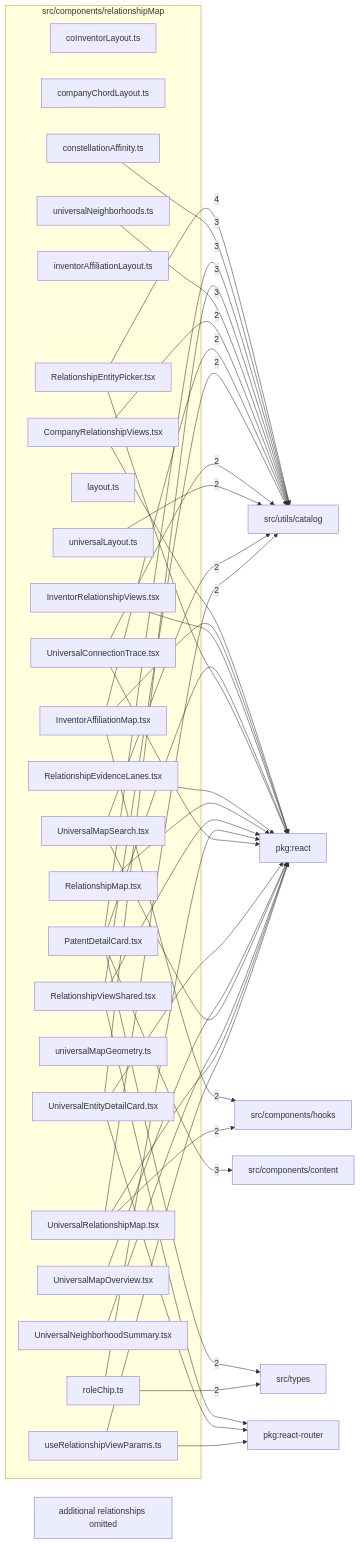
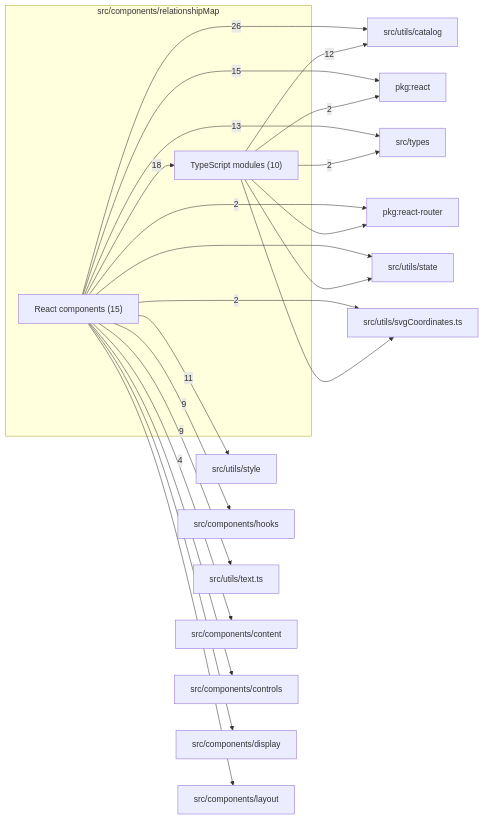
The diagram in src/components/relationshipMap/readme.md (ronbuening/LensVisualizer), drawn with Mermaid before and after one commit. The commit also changed other lines of this file and 20 other files, not shown here.

First line of the commit message:
Make the universal map usable on phones

````diff
--- a/src/components/relationshipMap/readme.md
+++ b/src/components/relationshipMap/readme.md
@@ -9,72 +9,40 @@
 ```mermaid
 flowchart LR
   subgraph n_src_components_relationshipMap["src/components/relationshipMap"]
-    n_src_components_relationshipMap_src_components_relationshipMap_coInventorLayout_ts["coInventorLayout.ts"]
-    n_src_components_relationshipMap_src_components_relationshipMap_companyChordLayout_ts["companyChordLayout.ts"]
-    n_src_components_relationshipMap_src_components_relationshipMap_CompanyRelationshipViews_tsx["CompanyRelationshipViews.tsx"]
-    n_src_components_relationshipMap_src_components_relationshipMap_constellationAffinity_ts["constellationAffinity.ts"]
-    n_src_components_relationshipMap_src_components_relationshipMap_inventorAffiliationLayout_ts["inventorAffiliationLayout.ts"]
-    n_src_components_relationshipMap_src_components_relationshipMap_InventorAffiliationMap_tsx["InventorAffiliationMap.tsx"]
-    n_src_components_relationshipMap_src_components_relationshipMap_InventorRelationshipViews_tsx["InventorRelationshipViews.tsx"]
-    n_src_components_relationshipMap_src_components_relationshipMap_layout_ts["layout.ts"]
-    n_src_components_relationshipMap_src_components_relationshipMap_PatentDetailCard_tsx["PatentDetailCard.tsx"]
-    n_src_components_relationshipMap_src_components_relationshipMap_RelationshipEntityPicker_tsx["RelationshipEntityPicker.tsx"]
-    n_src_components_relationshipMap_src_components_relationshipMap_RelationshipEvidenceLanes_tsx["RelationshipEvidenceLanes.tsx"]
-    n_src_components_relationshipMap_src_components_relationshipMap_RelationshipMap_tsx["RelationshipMap.tsx"]
-    n_src_components_relationshipMap_src_components_relationshipMap_RelationshipViewShared_tsx["RelationshipViewShared.tsx"]
-    n_src_components_relationshipMap_src_components_relationshipMap_roleChip_ts["roleChip.ts"]
-    n_src_components_relationshipMap_src_components_relationshipMap_UniversalConnectionTrace_tsx["UniversalConnectionTrace.tsx"]
-    n_src_components_relationshipMap_src_components_relationshipMap_UniversalEntityDetailCard_tsx["UniversalEntityDetailCard.tsx"]
-    n_src_components_relationshipMap_src_components_relationshipMap_universalLayout_ts["universalLayout.ts"]
-    n_src_components_relationshipMap_src_components_relationshipMap_universalMapGeometry_ts["universalMapGeometry.ts"]
-    n_src_components_relationshipMap_src_components_relationshipMap_UniversalMapOverview_tsx["UniversalMapOverview.tsx"]
-    n_src_components_relationshipMap_src_components_relationshipMap_UniversalMapSearch_tsx["UniversalMapSearch.tsx"]
-    n_src_components_relationshipMap_src_components_relationshipMap_universalNeighborhoods_ts["universalNeighborhoods.ts"]
-    n_src_components_relationshipMap_src_components_relationshipMap_UniversalNeighborhoodSummary_tsx["UniversalNeighborhoodSummary.tsx"]
-    n_src_components_relationshipMap_src_components_relationshipMap_UniversalRelationshipMap_tsx["UniversalRelationshipMap.tsx"]
-    n_src_components_relationshipMap_src_components_relationshipMap_useRelationshipViewParams_ts["useRelationshipViewParams.ts"]
+    n_src_components_relationshipMap_React_components["React components (15)"]
+    n_src_components_relationshipMap_TypeScript_modules["TypeScript modules (10)"]
   end
   n_external_src_utils_catalog["src/utils/catalog"]
+  n_external_pkg_react["pkg:react"]
+  n_external_src_types["src/types"]
+  n_external_src_utils_style["src/utils/style"]
+  n_external_src_components_hooks["src/components/hooks"]
+  n_external_src_utils_text_ts["src/utils/text.ts"]
   n_external_src_components_content["src/components/content"]
-  n_external_src_components_hooks["src/components/hooks"]
-  n_external_src_types["src/types"]
-  n_external_pkg_react["pkg:react"]
   n_external_pkg_react_router["pkg:react-router"]
-  n_src_components_relationshipMap_src_components_relationshipMap_RelationshipEntityPicker_tsx --> |4| n_external_src_utils_catalog
-  n_src_components_relationshipMap_src_components_relationshipMap_PatentDetailCard_tsx --> |3| n_external_src_components_content
-  n_src_components_relationshipMap_src_components_relationshipMap_constellationAffinity_ts --> |3| n_external_src_utils_catalog
-  n_src_components_relationshipMap_src_components_relationshipMap_PatentDetailCard_tsx --> |3| n_external_src_utils_catalog
-  n_src_components_relationshipMap_src_components_relationshipMap_UniversalEntityDetailCard_tsx --> |3| n_external_src_utils_catalog
-  n_src_components_relationshipMap_src_components_relationshipMap_universalNeighborhoods_ts --> |3| n_external_src_utils_catalog
-  n_src_components_relationshipMap_src_components_relationshipMap_InventorAffiliationMap_tsx --> |2| n_external_src_components_hooks
-  n_src_components_relationshipMap_src_components_relationshipMap_UniversalRelationshipMap_tsx --> |2| n_external_src_components_hooks
-  n_src_components_relationshipMap_src_components_relationshipMap_PatentDetailCard_tsx --> |2| n_external_src_types
-  n_src_components_relationshipMap_src_components_relationshipMap_roleChip_ts --> |2| n_external_src_types
-  n_src_components_relationshipMap_src_components_relationshipMap_CompanyRelationshipViews_tsx --> |2| n_external_src_utils_catalog
-  n_src_components_relationshipMap_src_components_relationshipMap_InventorAffiliationMap_tsx --> |2| n_external_src_utils_catalog
-  n_src_components_relationshipMap_src_components_relationshipMap_RelationshipViewShared_tsx --> |2| n_external_src_utils_catalog
-  n_src_components_relationshipMap_src_components_relationshipMap_UniversalConnectionTrace_tsx --> |2| n_external_src_utils_catalog
-  n_src_components_relationshipMap_src_components_relationshipMap_universalLayout_ts --> |2| n_external_src_utils_catalog
-  n_src_components_relationshipMap_src_components_relationshipMap_UniversalMapSearch_tsx --> |2| n_external_src_utils_catalog
-  n_src_components_relationshipMap_src_components_relationshipMap_UniversalRelationshipMap_tsx --> |2| n_external_src_utils_catalog
-  n_src_components_relationshipMap_src_components_relationshipMap_CompanyRelationshipViews_tsx --> n_external_pkg_react
-  n_src_components_relationshipMap_src_components_relationshipMap_InventorAffiliationMap_tsx --> n_external_pkg_react
-  n_src_components_relationshipMap_src_components_relationshipMap_InventorRelationshipViews_tsx --> n_external_pkg_react
-  n_src_components_relationshipMap_src_components_relationshipMap_PatentDetailCard_tsx --> n_external_pkg_react
-  n_src_components_relationshipMap_src_components_relationshipMap_RelationshipEntityPicker_tsx --> n_external_pkg_react
-  n_src_components_relationshipMap_src_components_relationshipMap_RelationshipEvidenceLanes_tsx --> n_external_pkg_react
-  n_src_components_relationshipMap_src_components_relationshipMap_RelationshipMap_tsx --> n_external_pkg_react
-  n_src_components_relationshipMap_src_components_relationshipMap_RelationshipViewShared_tsx --> n_external_pkg_react
-  n_src_components_relationshipMap_src_components_relationshipMap_roleChip_ts --> n_external_pkg_react
-  n_src_components_relationshipMap_src_components_relationshipMap_UniversalConnectionTrace_tsx --> n_external_pkg_react
-  n_src_components_relationshipMap_src_components_relationshipMap_UniversalEntityDetailCard_tsx --> n_external_pkg_react
-  n_src_components_relationshipMap_src_components_relationshipMap_UniversalMapOverview_tsx --> n_external_pkg_react
-  n_src_components_relationshipMap_src_components_relationshipMap_UniversalMapSearch_tsx --> n_external_pkg_react
-  n_src_components_relationshipMap_src_components_relationshipMap_UniversalNeighborhoodSummary_tsx --> n_external_pkg_react
-  n_src_components_relationshipMap_src_components_relationshipMap_UniversalRelationshipMap_tsx --> n_external_pkg_react
-  n_src_components_relationshipMap_src_components_relationshipMap_useRelationshipViewParams_ts --> n_external_pkg_react
-  n_src_components_relationshipMap_src_components_relationshipMap_RelationshipViewShared_tsx --> n_external_pkg_react_router
-  n_src_components_relationshipMap_src_components_relationshipMap_UniversalEntityDetailCard_tsx --> n_external_pkg_react_router
-  n_src_components_relationshipMap_src_components_relationshipMap_useRelationshipViewParams_ts --> n_external_pkg_react_router
-  n_src_components_relationshipMap_truncated["additional relationships omitted"]
+  n_external_src_utils_svgCoordinates_ts["src/utils/svgCoordinates.ts"]
+  n_external_src_components_controls["src/components/controls"]
+  n_external_src_components_display["src/components/display"]
+  n_external_src_components_layout["src/components/layout"]
+  n_external_src_utils_state["src/utils/state"]
+  n_src_components_relationshipMap_React_components --> |26| n_external_src_utils_catalog
+  n_src_components_relationshipMap_React_components --> |18| n_src_components_relationshipMap_TypeScript_modules
+  n_src_components_relationshipMap_React_components --> |15| n_external_pkg_react
+  n_src_components_relationshipMap_React_components --> |13| n_external_src_types
+  n_src_components_relationshipMap_TypeScript_modules --> |12| n_external_src_utils_catalog
+  n_src_components_relationshipMap_React_components --> |11| n_external_src_utils_style
+  n_src_components_relationshipMap_React_components --> |9| n_external_src_components_hooks
+  n_src_components_relationshipMap_React_components --> |9| n_external_src_utils_text_ts
+  n_src_components_relationshipMap_React_components --> |4| n_external_src_components_content
+  n_src_components_relationshipMap_TypeScript_modules --> |2| n_external_pkg_react
+  n_src_components_relationshipMap_React_components --> |2| n_external_pkg_react_router
+  n_src_components_relationshipMap_TypeScript_modules --> |2| n_external_src_types
+  n_src_components_relationshipMap_React_components --> |2| n_external_src_utils_svgCoordinates_ts
+  n_src_components_relationshipMap_TypeScript_modules --> n_external_pkg_react_router
+  n_src_components_relationshipMap_React_components --> n_external_src_components_controls
+  n_src_components_relationshipMap_React_components --> n_external_src_components_display
+  n_src_components_relationshipMap_React_components --> n_external_src_components_layout
+  n_src_components_relationshipMap_React_components --> n_external_src_utils_state
+  n_src_components_relationshipMap_TypeScript_modules --> n_external_src_utils_state
+  n_src_components_relationshipMap_TypeScript_modules --> n_external_src_utils_svgCoordinates_ts
 ```
````
